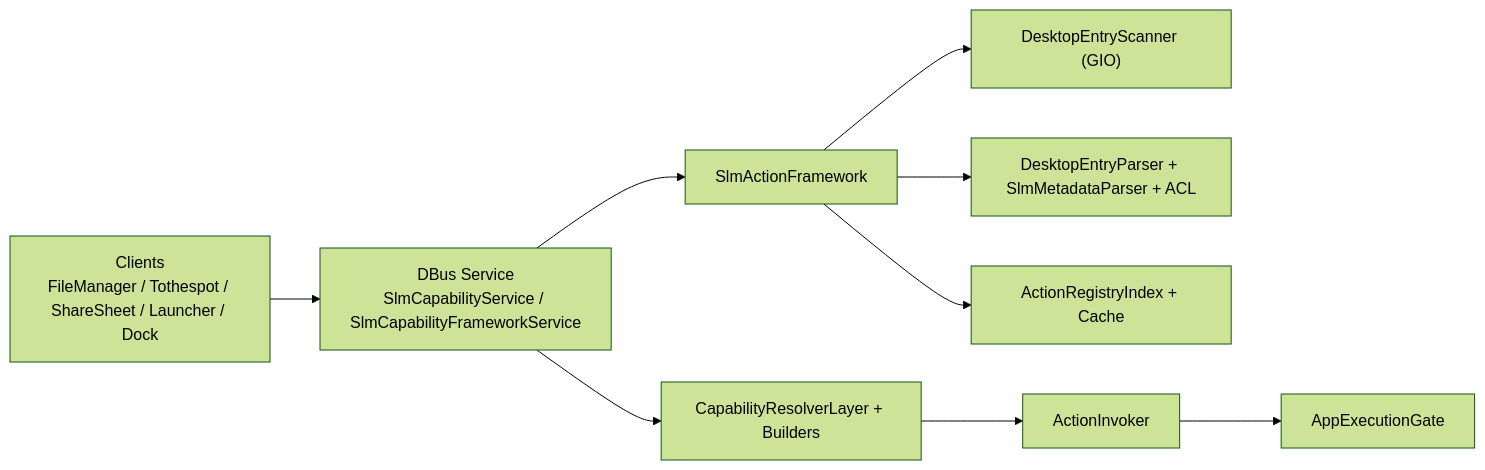
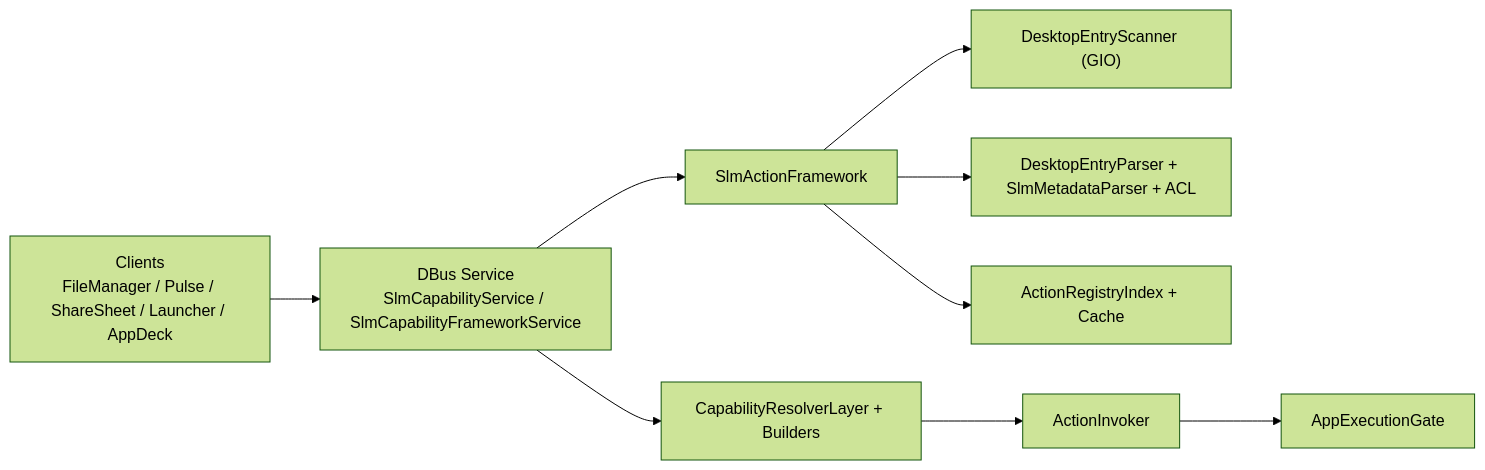
Before and after one commit to mumulalasoft/slm-desktop: the first of 3 diagrams in docs/architecture/SLM_CAPABILITY_SERVICE.md, drawn with Mermaid (forest theme). The commit also changed 157 other files, not shown here.

Commit message:
Refactor shell into AppDeck and Crown

````diff
--- a/docs/architecture/SLM_CAPABILITY_SERVICE.md
+++ b/docs/architecture/SLM_CAPABILITY_SERVICE.md
@@ -7,13 +7,13 @@
 ```mermaid
 flowchart LR
     Client["Clients
-FileManager / Tothespot / ShareSheet / Launcher / Dock"] --> DBus["DBus Service
+FileManager / Pulse / ShareSheet / Launcher / AppDeck"] --> DBus["DBus Service
 SlmCapabilityService / SlmCapabilityFrameworkService"]
     DBus --> Framework["SlmActionFramework"]
     Framework --> Scanner["DesktopEntryScanner (GIO)"]
     Framework --> Parser["DesktopEntryParser + SlmMetadataParser + ACL"]
     Framework --> Registry["ActionRegistryIndex + Cache"]
     DBus --> Resolver["CapabilityResolverLayer + Builders"]
     Resolver --> Invoker["ActionInvoker"]
     Invoker --> Gate["AppExecutionGate"]
 ```
````
